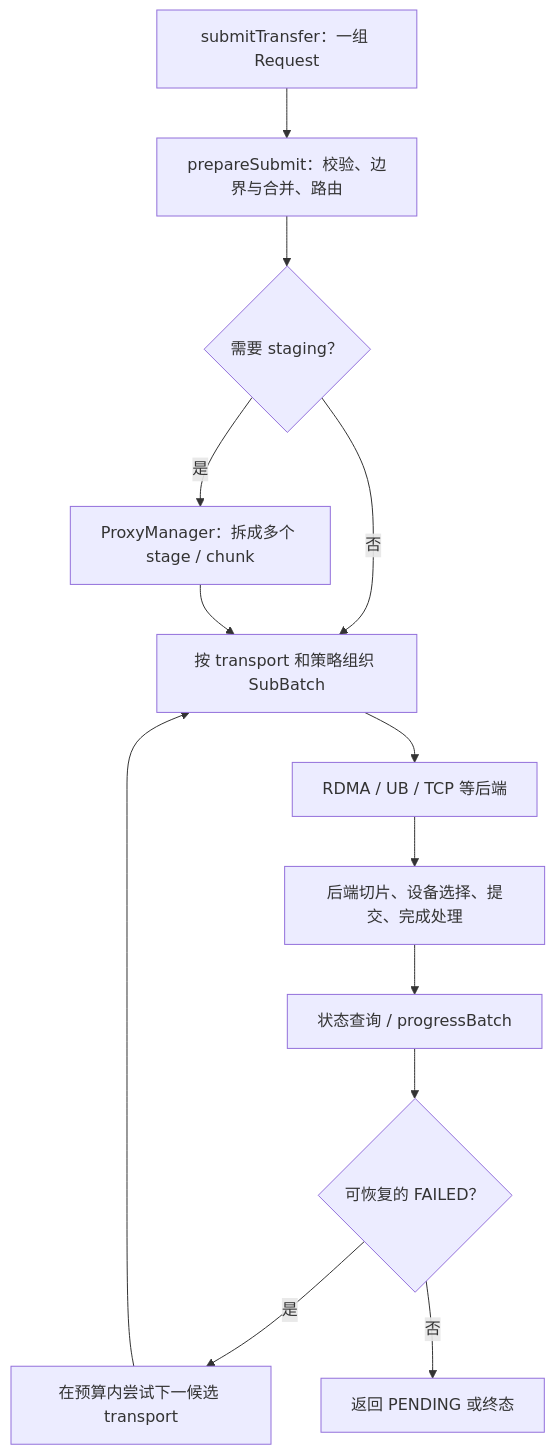
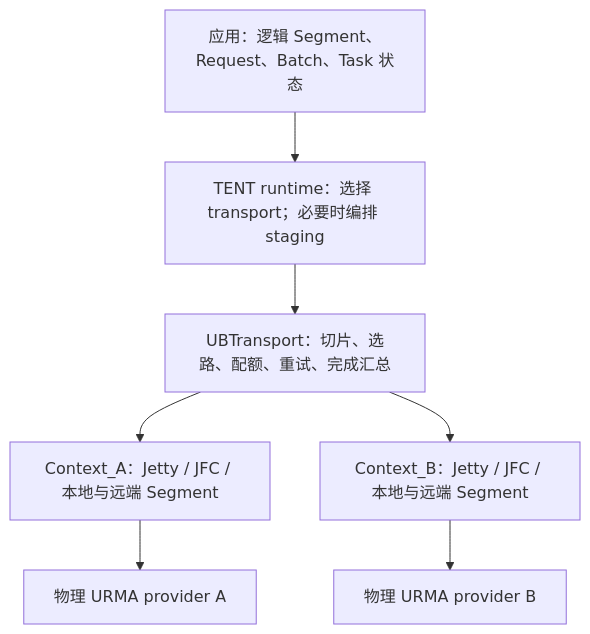
Before and after one commit to HangCong126/Supercache: the fourth of 9 diagrams in learn/tent-four-core-capabilities.md, drawn with Mermaid. The commit also changed other lines of this file, not shown here.

````diff
--- a/learn/tent-four-core-capabilities.md
+++ b/learn/tent-four-core-capabilities.md
@@ -50,15 +145,9 @@
 ```mermaid
 flowchart TD
-    A["submitTransfer：一组 Request"] --> B["prepareSubmit：校验、边界与合并、路由"]
-    B --> C{"需要 staging？"}
-    C -->|是| D["ProxyManager：拆成多个 stage / chunk"]
-    C -->|否| E["按 transport 和策略组织 SubBatch"]
-    D --> E
-    E --> F["RDMA / UB / TCP 等后端"]
-    F --> G["后端切片、设备选择、提交、完成处理"]
-    G --> H["状态查询 / progressBatch"]
-    H --> I{"可恢复的 FAILED？"}
-    I -->|是| J["在预算内尝试下一候选 transport"]
-    J --> E
-    I -->|否| K["返回 PENDING 或终态"]
+    App["应用：逻辑 Segment、Request、Batch、Task 状态"] --> Runtime["TENT runtime：选择 transport；必要时编排 staging"]
+    Runtime --> UB["UBTransport：切片、选路、配额、重试、完成汇总"]
+    UB --> CA["Context_A：Jetty / JFC / 本地与远端 Segment"]
+    UB --> CB["Context_B：Jetty / JFC / 本地与远端 Segment"]
+    CA --> PA["物理 URMA provider A"]
+    CB --> PB["物理 URMA provider B"]
 ```
````
